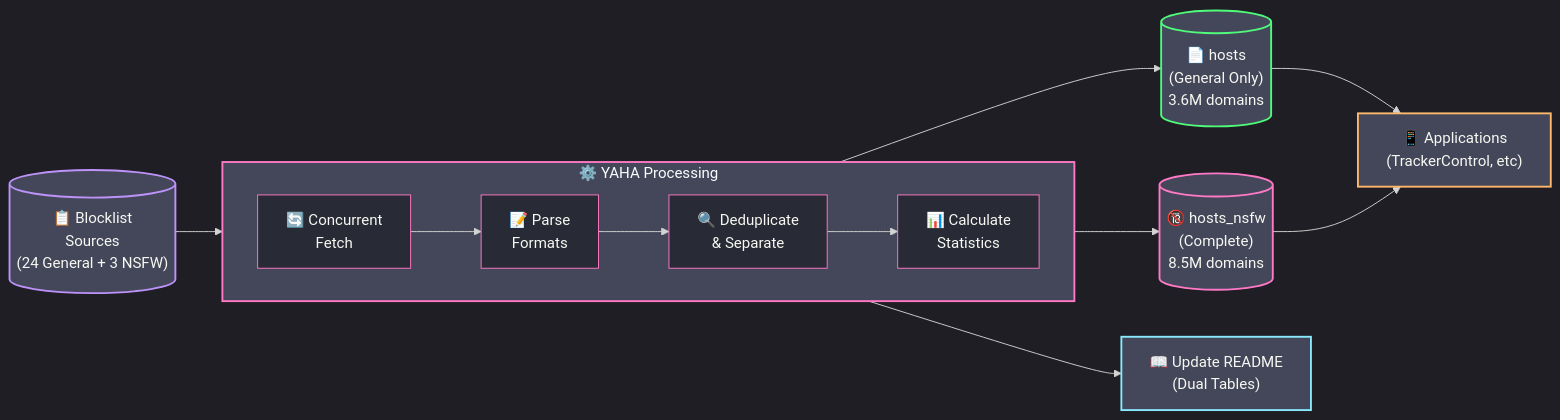
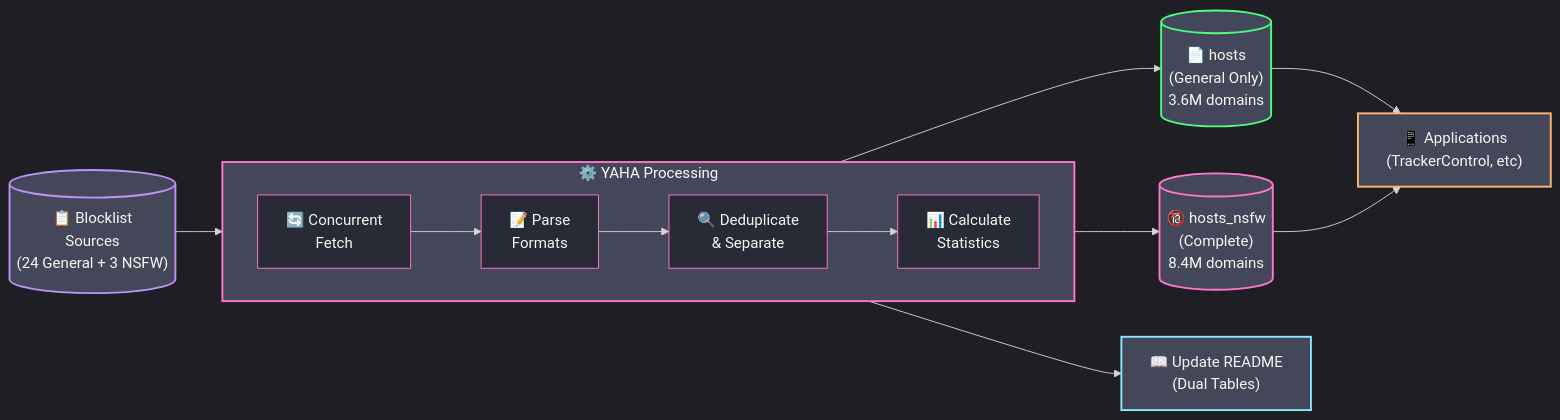
The diagram in README.md (scottdraper8/yaha), drawn with Mermaid before and after one commit. The commit also changed other lines of this file, not shown here.

Commit message:
Update blocklist stats: 3585257 general / 8417527 with NSFW [automated]

````diff
--- a/README.md
+++ b/README.md
@@ -42,35 +42,35 @@
 ```mermaid
 %%{init: {'theme': 'dark', 'themeVariables': {
     'primaryColor': '#ff79c6',
     'secondaryColor': '#bd93f9',
     'tertiaryColor': '#44475a',
     'mainBkg': '#282a36',
     'nodeBorder': '#ff79c6',
     'clusterBkg': '#44475a',
     'clusterBorder': '#bd93f9',
     'textColor': '#f8f8f2'
 }}}%%
 flowchart LR
     Sources[("📋 Blocklist<br/>Sources<br/>(24 General + 3 NSFW)")] --> Fetch
 
     subgraph Process["⚙️ YAHA Processing"]
         direction LR
         Fetch["🔄 Concurrent<br/>Fetch"] --> Parse["📝 Parse<br/>Formats"]
         Parse --> Dedupe["🔍 Deduplicate<br/>& Separate"]
         Dedupe --> Stats["📊 Calculate<br/>Statistics"]
     end
 
     Stats --> Output1[("📄 hosts<br/>(General Only)<br/>3.6M domains")]
-    Stats --> Output2[("🔞 hosts_nsfw<br/>(Complete)<br/>8.5M domains")]
+    Stats --> Output2[("🔞 hosts_nsfw<br/>(Complete)<br/>8.4M domains")]
     Stats --> README["📖 Update README<br/>(Dual Tables)"]
 
     Output1 --> Apps["📱 Applications<br/>(TrackerControl, etc)"]
     Output2 --> Apps
 
     style Sources fill:#44475a,stroke:#bd93f9,stroke-width:2px
     style Process fill:#44475a,stroke:#ff79c6,stroke-width:2px
     style Output1 fill:#44475a,stroke:#50fa7b,stroke-width:2px
     style Output2 fill:#44475a,stroke:#ff79c6,stroke-width:2px
     style README fill:#44475a,stroke:#8be9fd,stroke-width:2px
     style Apps fill:#44475a,stroke:#ffb86c,stroke-width:2px
 ```
````
